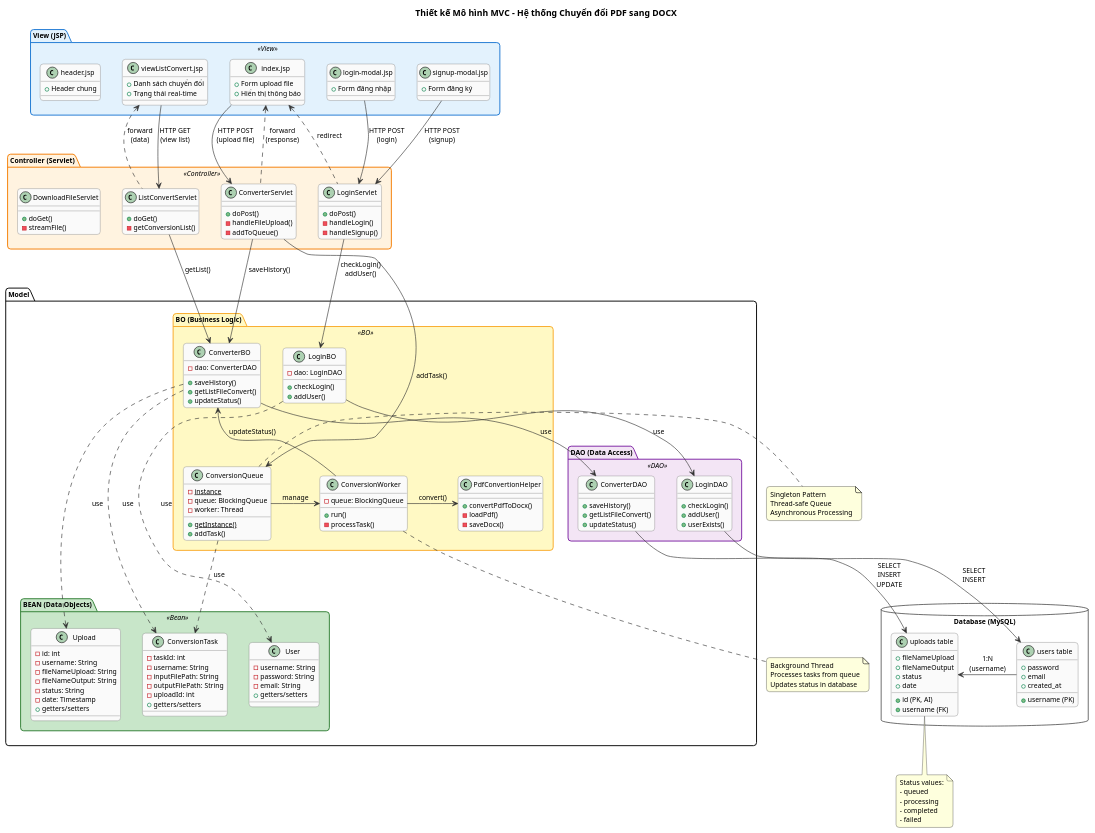
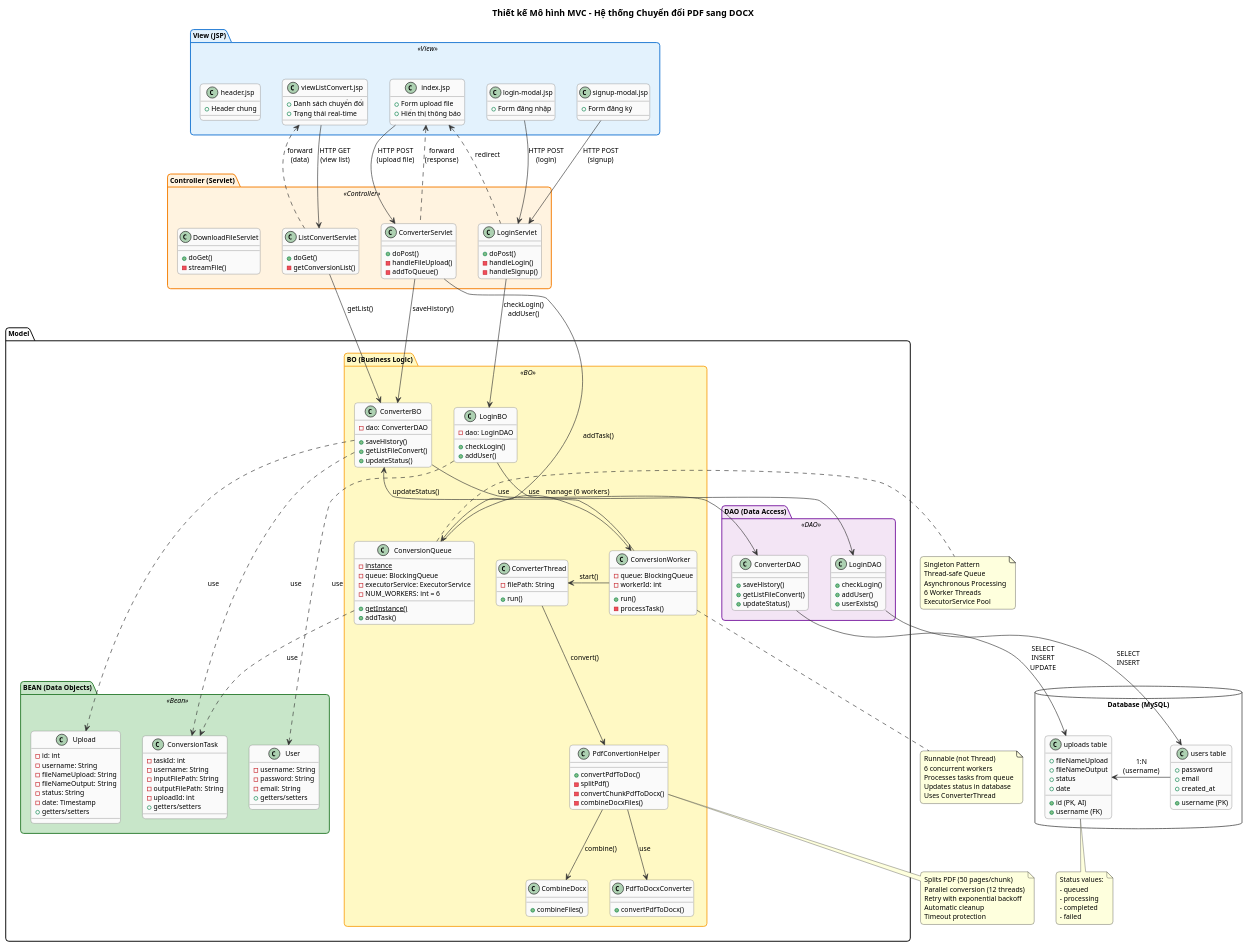
The diagram in MVC_Architecture.puml (Fenris218/PDF_FINISH), drawn with PlantUML before and after one commit. The commit also changed 2 other files, not shown here.

Commit message:
Update architecture documentation to match actual implementation

```diff
--- a/MVC_Architecture.puml
+++ b/MVC_Architecture.puml
@@ -124,21 +124,37 @@
         class ConversionQueue {
             - {static} instance
             - queue: BlockingQueue
-            - worker: Thread
+            - executorService: ExecutorService
+            - NUM_WORKERS: int = 6
             + {static} getInstance()
             + addTask()
         }
         
         class ConversionWorker {
             - queue: BlockingQueue
+            - workerId: int
             + run()
             - processTask()
         }
         
+        class ConverterThread {
+            - filePath: String
+            + run()
+        }
+        
         class PdfConvertionHelper {
+            + convertPdfToDoc()
+            - splitPdf()
+            - convertChunkPdfToDocx()
+            - combineDocxFiles()
+        }
+        
+        class CombineDocx {
+            + combineFiles()
+        }
+        
+        class PdfToDocxConverter {
             + convertPdfToDocx()
-            - loadPdf()
-            - saveDocx()
         }
     }
     
@@ -195,9 +211,12 @@
 ' BO relationships
 LoginBO -down-> LoginDAO : "use"
 ConverterBO -down-> ConverterDAO : "use"
-ConversionQueue -right-> ConversionWorker : "manage"
+ConversionQueue -right-> ConversionWorker : "manage (6 workers)"
 ConversionWorker -up-> ConverterBO : "updateStatus()"
-ConversionWorker -right-> PdfConvertionHelper : "convert()"
+ConversionWorker -right-> ConverterThread : "start()"
+ConverterThread -down-> PdfConvertionHelper : "convert()"
+PdfConvertionHelper -down-> PdfToDocxConverter : "use"
+PdfConvertionHelper -down-> CombineDocx : "combine()"
 
 ' BO to BEAN relationships
 ConverterBO .right.> Upload : "use"
@@ -216,12 +235,24 @@
     Singleton Pattern
     Thread-safe Queue
     Asynchronous Processing
+    6 Worker Threads
+    ExecutorService Pool
 end note
 
 note bottom of ConversionWorker
-    Background Thread
+    Runnable (not Thread)
+    6 concurrent workers
     Processes tasks from queue
     Updates status in database
+    Uses ConverterThread
+end note
+
+note bottom of PdfConvertionHelper
+    Splits PDF (50 pages/chunk)
+    Parallel conversion (12 threads)
+    Retry with exponential backoff
+    Automatic cleanup
+    Timeout protection
 end note
 
 note bottom of UploadsTable
```
